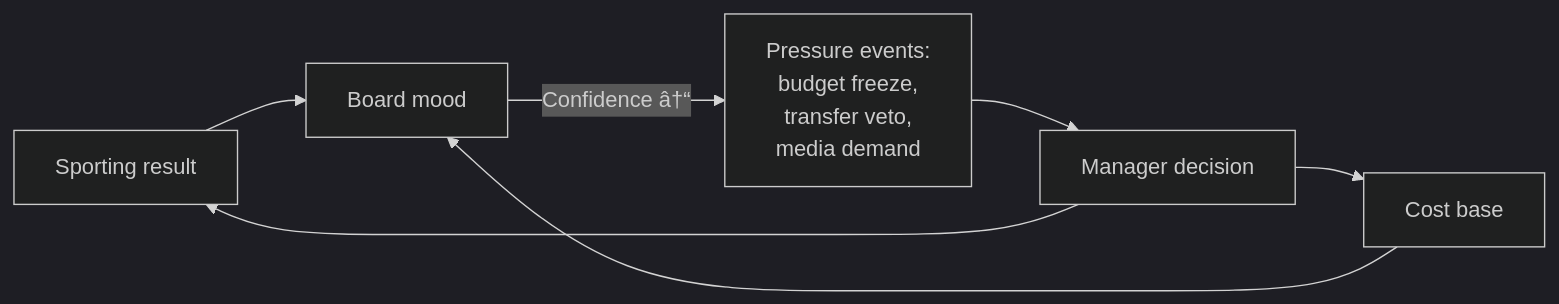
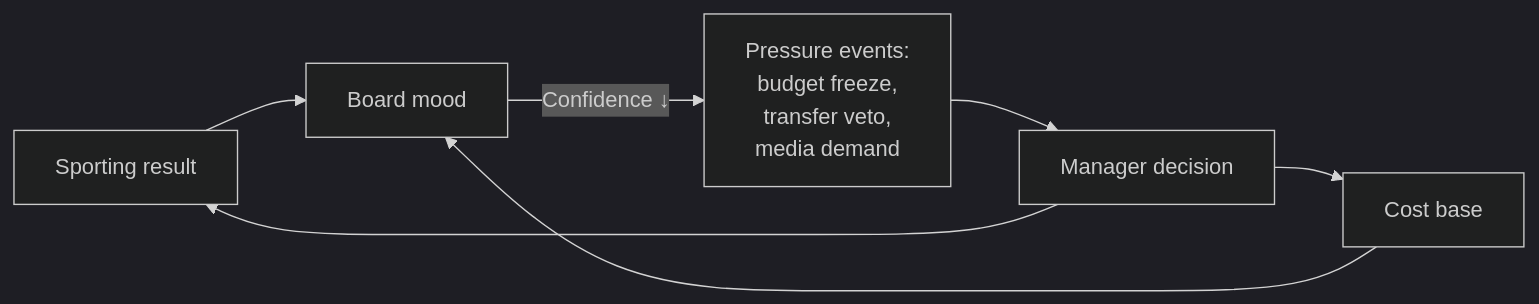
The diagram in docs/50-Game-Design/club-dna-and-governance.md (EtroxTaran/klubhaus-elf), drawn with Mermaid (dark theme) before and after one commit. The commit also changed other lines of this file and 120 other files, not shown here.

````diff
--- a/docs/50-Game-Design/club-dna-and-governance.md
+++ b/docs/50-Game-Design/club-dna-and-governance.md
@@ -58,9 +58,9 @@
 ```mermaid
 flowchart LR
     Sport["Sporting result"] --> Mood
     Cost["Cost base"] --> Mood["Board mood"]
-    Mood -->|"Confidence â†“"| Pressure["Pressure events:<br/>budget freeze,<br/>transfer veto,<br/>media demand"]
+    Mood -->|"Confidence ↓"| Pressure["Pressure events:<br/>budget freeze,<br/>transfer veto,<br/>media demand"]
     Pressure --> Manager["Manager decision"]
     Manager --> Sport
     Manager --> Cost
 ```
````
